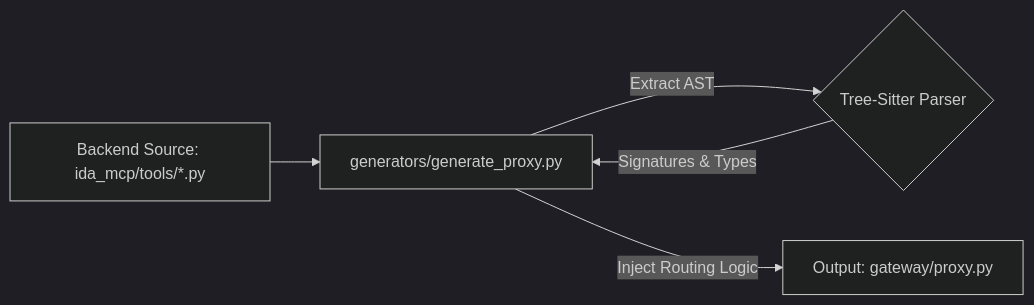
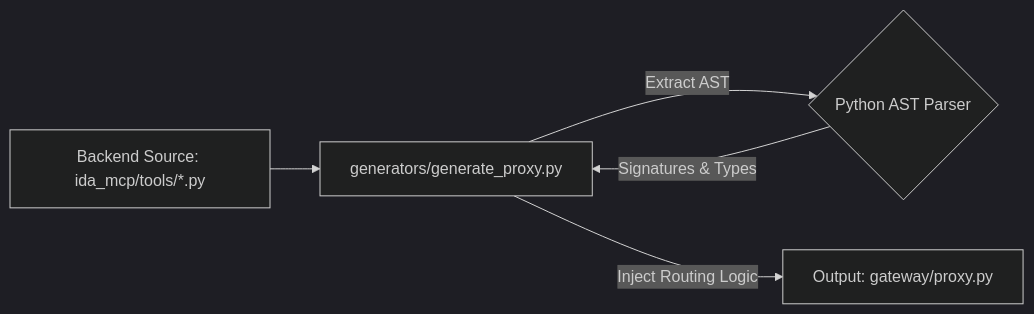
Before and after one commit to IDAPluginProject/idamcp: the third of 3 diagrams in docs/DESIGN.md, drawn with Mermaid (dark theme). The commit also changed other lines of this file and 2 other files, not shown here.

Commit message:
Replace tree-sitter with built-in ast in proxy generator
Replace tree-sitter and tree-sitter-python parsing in
generators/generate_proxy.py with Python standard library ast, tokenize,
and bisect to extract function prototypes, decorators, and docstrings.

Drop tree-sitter and tree-sitter-python from requirements.txt, removing
the external C extension dependencies required for proxy generation.

````diff
--- a/docs/DESIGN.md
+++ b/docs/DESIGN.md
@@ -365,12 +365,12 @@
 ```mermaid
 flowchart LR
     Source[Backend Source: ida_mcp/tools/*.py]
     Generator[generators/generate_proxy.py]
-    TreeSitter{Tree-Sitter Parser}
+    AstParser{Python AST Parser}
     Proxy[Output: gateway/proxy.py]
 
     Source --> Generator
-    Generator -- "Extract AST" --> TreeSitter
-    TreeSitter -- "Signatures & Types" --> Generator
+    Generator -- "Extract AST" --> AstParser
+    AstParser -- "Signatures & Types" --> Generator
     Generator -- "Inject Routing Logic" --> Proxy
 ```
````
